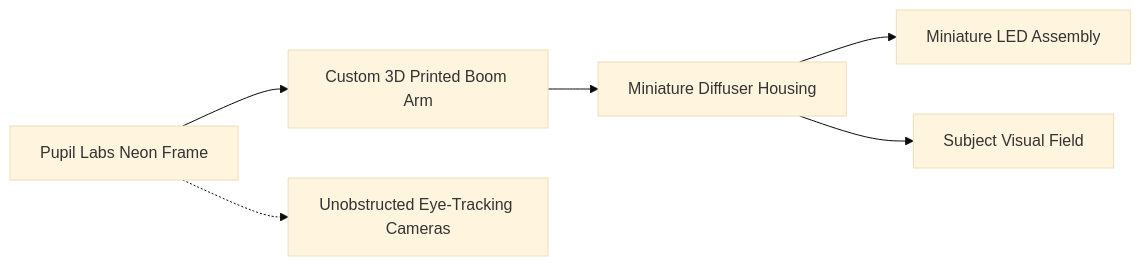
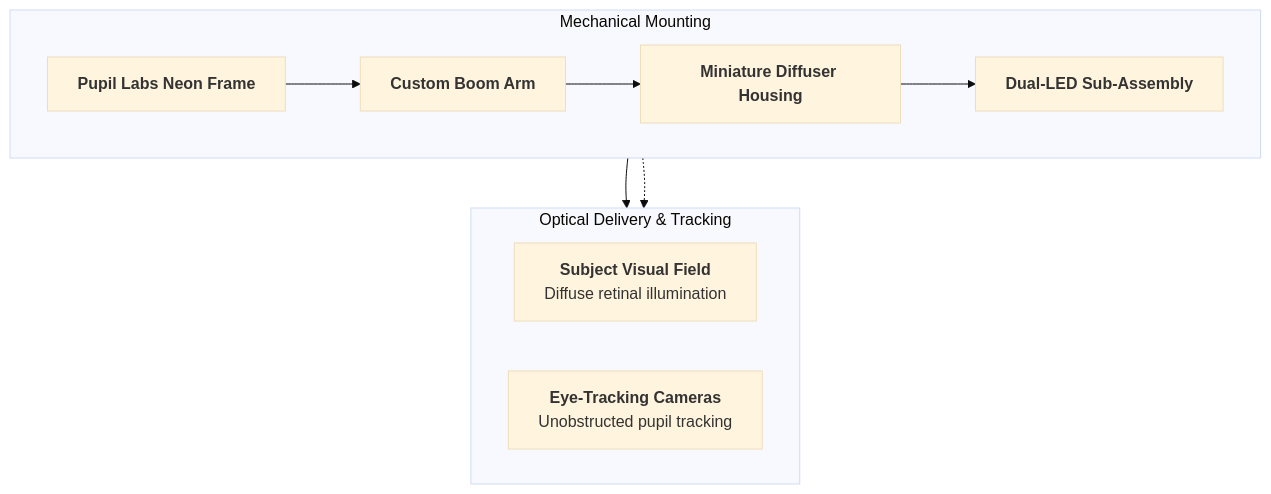
The diagram in docs/1-hardware/enclosure-and-optics/wearable-glasses.md (SaleemLab/LEDStimulation), drawn with Mermaid (base theme) before and after one commit. The commit also changed 25 other files, not shown here.

````diff
--- a/docs/1-hardware/enclosure-and-optics/wearable-glasses.md
+++ b/docs/1-hardware/enclosure-and-optics/wearable-glasses.md
@@ -29,8 +29,20 @@
 ```mermaid
-graph LR
-    NeonFrame[Pupil Labs Neon Frame] --> BoomArm[Custom 3D Printed Boom Arm]
-    BoomArm --> DiffuserHousing[Miniature Diffuser Housing]
-    DiffuserHousing --> LEDAssembly[Miniature LED Assembly]
-    DiffuserHousing --> Eye[Subject Visual Field]
-    NeonFrame -.-> GazeTracking[Unobstructed Eye-Tracking Cameras]
+flowchart TD
+    subgraph Mechanical["Mechanical Mounting"]
+        direction LR
+        NeonFrame["<b>Pupil Labs Neon Frame</b>"]
+        BoomArm["<b>Custom Boom Arm</b>"]
+        DiffuserHousing["<b>Miniature Diffuser Housing</b>"]
+        LEDAssembly["<b>Dual-LED Sub-Assembly</b>"]
+        NeonFrame --> BoomArm --> DiffuserHousing --> LEDAssembly
+    end
+
+    subgraph Optical["Optical Delivery & Tracking"]
+        direction LR
+        Eye["<b>Subject Visual Field</b><br/>Diffuse retinal illumination"]
+        Gaze["<b>Eye-Tracking Cameras</b><br/>Unobstructed pupil tracking"]
+    end
+
+    LEDAssembly --> Eye
+    NeonFrame -.-> Gaze
 ```
````
